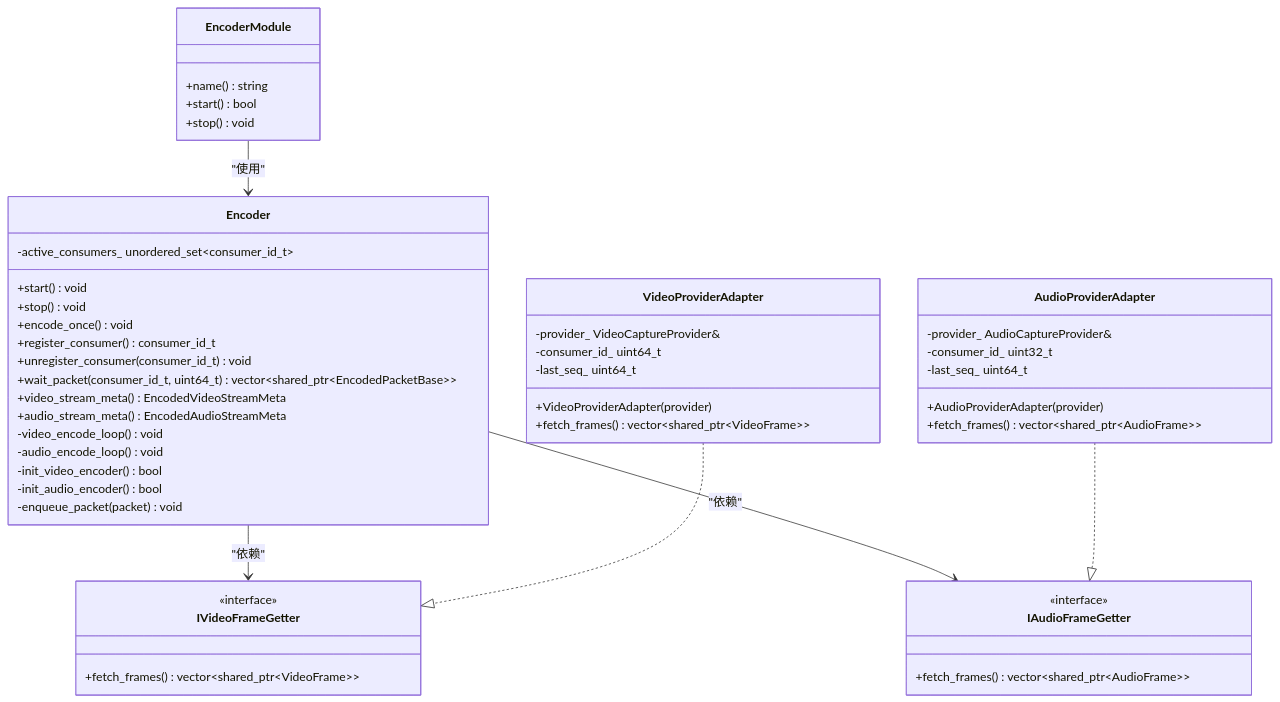
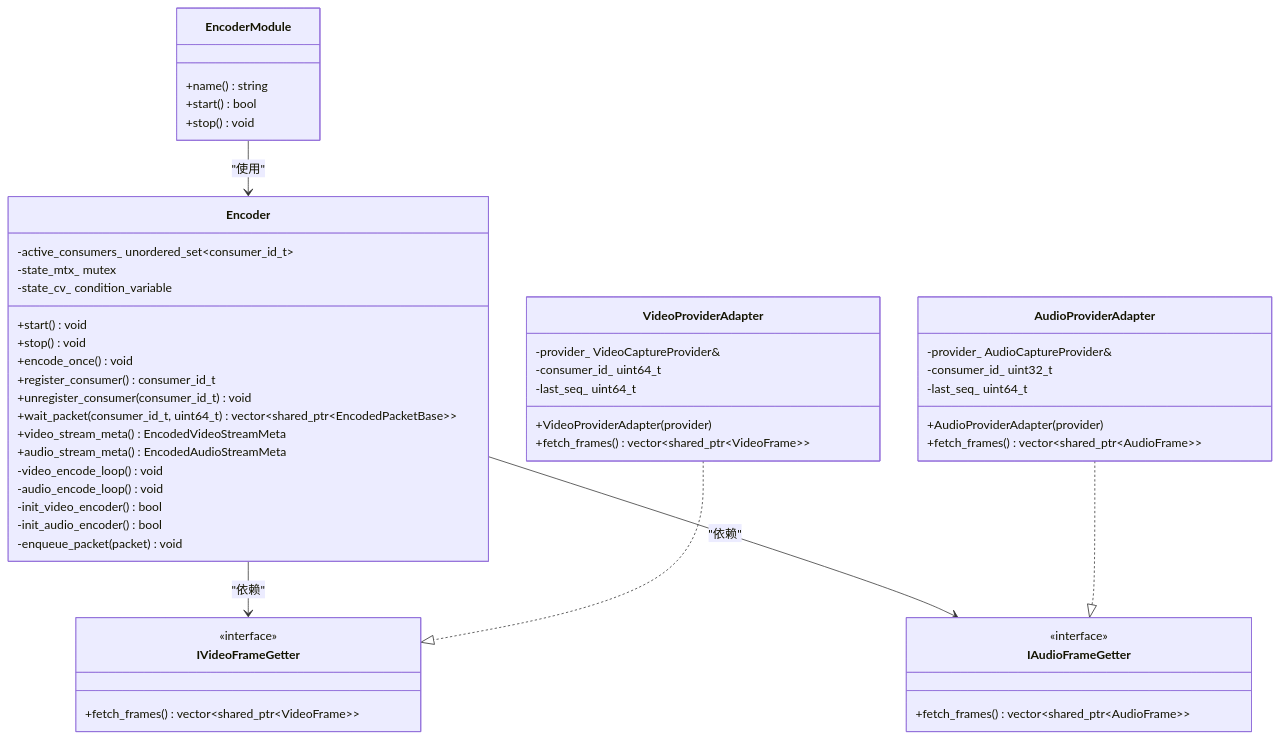
The second of 13 diagrams in .qoder/repowiki/zh/content/C++ 代理程序/处理模块/编码器技术文档.md (tsxuehu/pi-guard), drawn with Mermaid before and after one commit. The commit also changed other lines of this file and 10 other files, not shown here.

````diff
--- a/.qoder/repowiki/zh/content/C++ 代理程序/处理模块/编码器技术文档.md
+++ b/.qoder/repowiki/zh/content/C++ 代理程序/处理模块/编码器技术文档.md
@@ -88,51 +91,53 @@
 ```mermaid
 classDiagram
 class Encoder {
 +start() void
 +stop() void
 +encode_once() void
 +register_consumer() consumer_id_t
 +unregister_consumer(consumer_id_t) void
 +wait_packet(consumer_id_t, uint64_t) vector~shared_ptr~EncodedPacketBase~~
 +video_stream_meta() EncodedVideoStreamMeta
 +audio_stream_meta() EncodedAudioStreamMeta
 -video_encode_loop() void
 -audio_encode_loop() void
 -init_video_encoder() bool
 -init_audio_encoder() bool
 -enqueue_packet(packet) void
 -active_consumers_ unordered_set~consumer_id_t~
+-state_mtx_ mutex
+-state_cv_ condition_variable
 }
 class IVideoFrameGetter {
 <<interface>>
 +fetch_frames() vector~shared_ptr~VideoFrame~~
 }
 class IAudioFrameGetter {
 <<interface>>
 +fetch_frames() vector~shared_ptr~AudioFrame~~
 }
 class VideoProviderAdapter {
 +VideoProviderAdapter(provider)
 +fetch_frames() vector~shared_ptr~VideoFrame~~
 -provider_ VideoCaptureProvider&
 -consumer_id_ uint64_t
 -last_seq_ uint64_t
 }
 class AudioProviderAdapter {
 +AudioProviderAdapter(provider)
 +fetch_frames() vector~shared_ptr~AudioFrame~~
 -provider_ AudioCaptureProvider&
 -consumer_id_ uint32_t
 -last_seq_ uint64_t
 }
 class EncoderModule {
 +name() string
 +start() bool
 +stop() void
 }
 Encoder --> IVideoFrameGetter : "依赖"
 Encoder --> IAudioFrameGetter : "依赖"
 VideoProviderAdapter ..|> IVideoFrameGetter
 AudioProviderAdapter ..|> IAudioFrameGetter
 EncoderModule --> Encoder : "使用"
 ```
````
